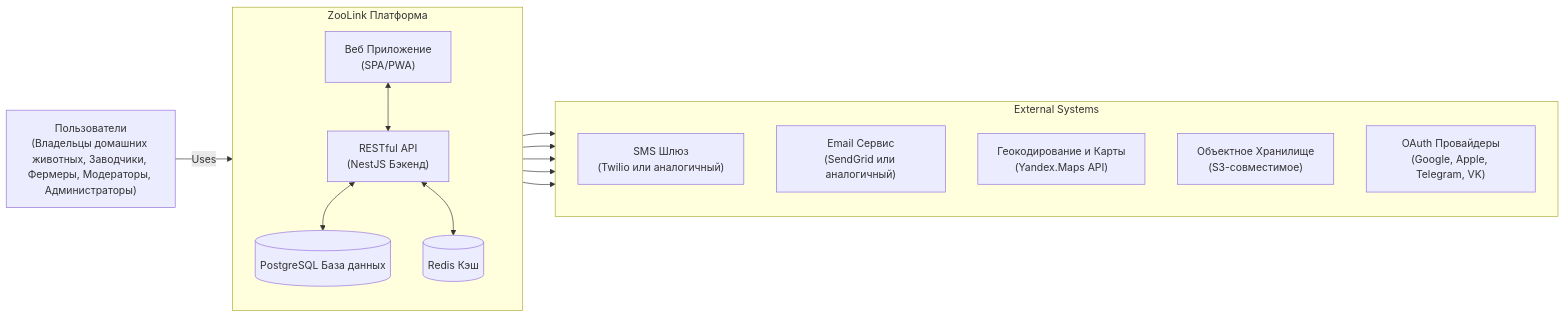
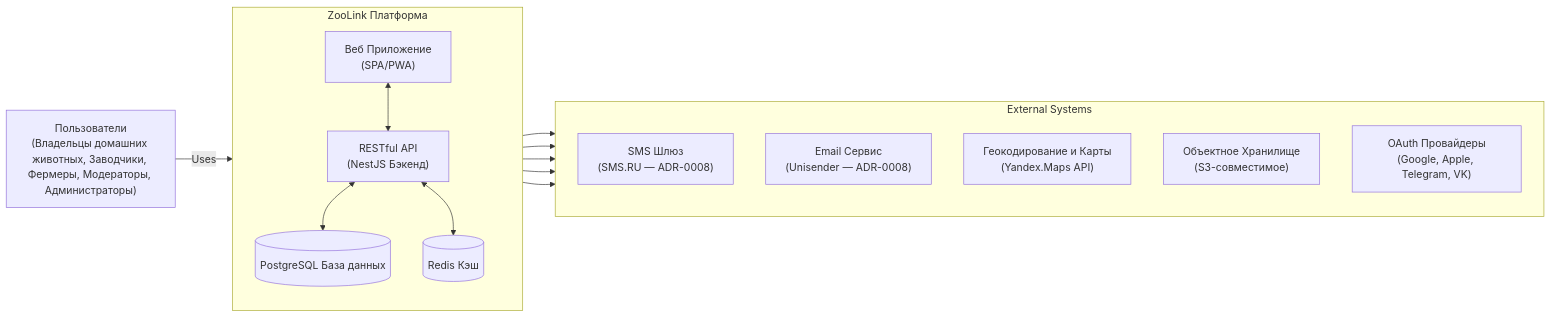
Before and after one commit to Aleksandr-Sulimenko/ZooLink: the diagram in docsRU/03-architecture/system-context.md, drawn with Mermaid. The commit also changed other lines of this file and 51 other files, not shown here.

````diff
--- a/docsRU/03-architecture/system-context.md
+++ b/docsRU/03-architecture/system-context.md
@@ -7,35 +11,35 @@
 ```mermaid
 flowchart LR
  %% Внешние сущности
  subgraph "External Systems"
  direction TB
- SMS["SMS Шлюз<br/>(Twilio или аналогичный)"]
- Email["Email Сервис<br/>(SendGrid или аналогичный)"]
+ SMS["SMS Шлюз<br/>(SMS.RU — ADR-0008)"]
+ Email["Email Сервис<br/>(Unisender — ADR-0008)"]
  Maps["Геокодирование и Карты<br/>(Yandex.Maps API)"]
  Storage["Объектное Хранилище<br/>(S3-совместимое)"]
  OAuth["OAuth Провайдеры<br/>(Google, Apple, Telegram, VK)"]
  end
 
  %% Граница системы
  subgraph ZooLink_System[ZooLink Платформа]
  direction TB
  WebApp["Веб Приложение<br/>(SPA/PWA)"]
  API["RESTful API<br/>(NestJS Бэкенд)"]
  DB[(PostgreSQL База данных)]
  Cache[(Redis Кэш)]
  end
 
  %% Пользователи
  User["Пользователи<br/>(Владельцы домашних животных, Заводчики, Фермеры, Модераторы, Администраторы)"]
 
  %% Отношения
  User -- Uses --> WebApp
  WebApp <--> API
  API <--> DB
  API <--> Cache
  API --> SMS
  API --> Email
  API --> Maps
  API --> Storage
  API --> OAuth
 ```
````
